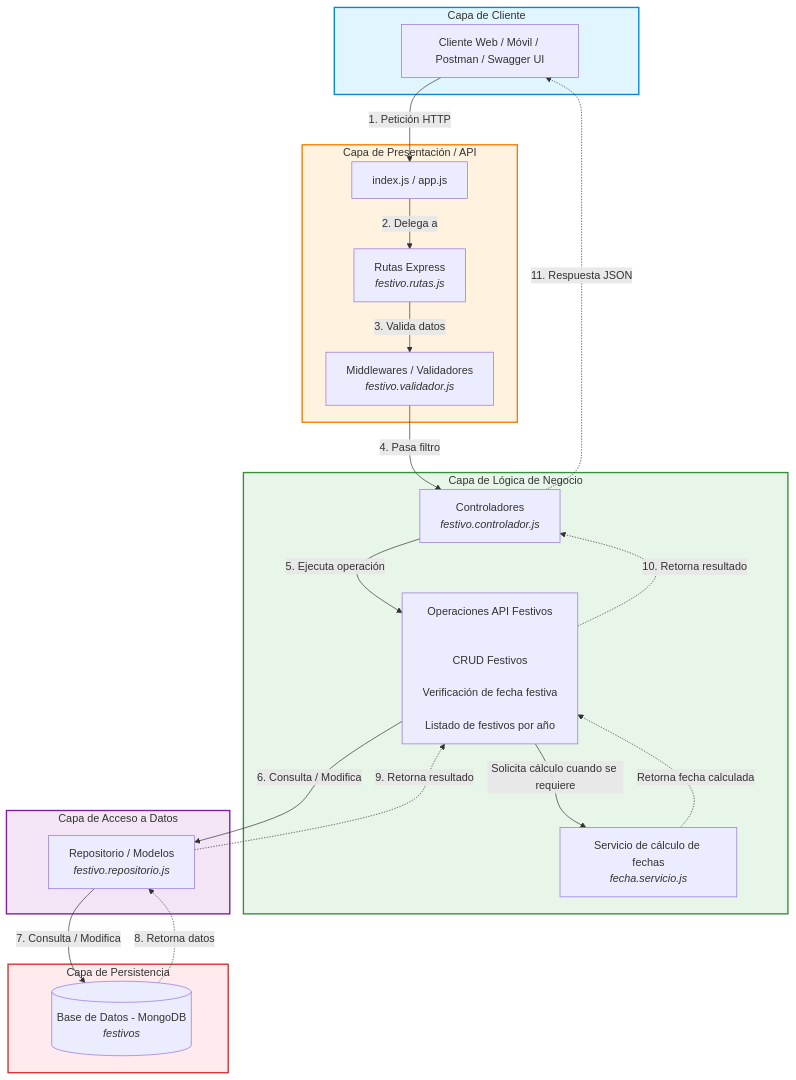
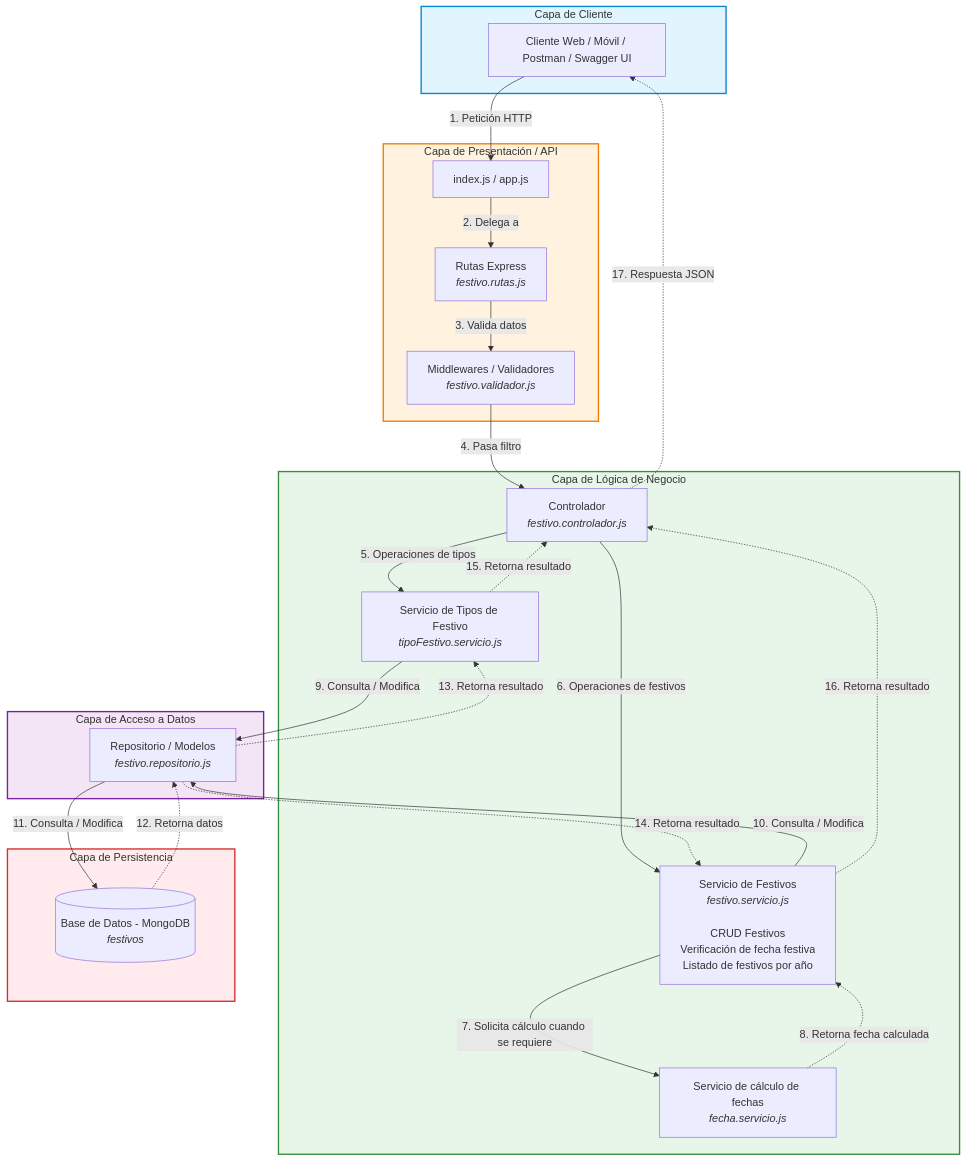
One commit to JulianDA0714/taller1-arquitectura-software changed the diagram in diagrama-arquitectura-apifestivos.md. Above: the diagram before and after it, drawn with Mermaid.

Commit message:
Modifica diagrama apifestivos

````diff
--- a/diagrama-arquitectura-apifestivos.md
+++ b/diagrama-arquitectura-apifestivos.md
@@ -1,65 +1,70 @@
-```mermaid
+``` mermaid
 graph TD
 
     %% Cliente / Capa de Presentación Externa
     subgraph ClientLayer [Capa de Cliente]
         Client[Cliente Web / Móvil / Postman / Swagger UI]
     end
 
     %% Capa de Entrada y Enrutamiento
     subgraph PresentationLayer [Capa de Presentación / API]
         Index[index.js / app.js]
         Routes[Rutas Express<br/><i>festivo.rutas.js</i>]
         Validators[Middlewares / Validadores<br/><i>festivo.validador.js</i>]
     end
 
     %% Capa de Lógica de Negocio
     subgraph BusinessLayer [Capa de Lógica de Negocio]
-        Controllers[Controladores<br/><i>festivo.controlador.js</i>]
+        Controller[Controlador<br/><i>festivo.controlador.js</i>]
 
-        Operations[Operaciones API Festivos<br/><br/>
-        CRUD Festivos<br/>
-        Verificación de fecha festiva<br/>
-        Listado de festivos por año]
+        TipoService[Servicio de Tipos de Festivo<br/><i>tipoFestivo.servicio.js</i>]
+
+        FestivoService[Servicio de Festivos<br/><i>festivo.servicio.js</i><br/><br/>CRUD Festivos<br/>Verificación de fecha festiva<br/>Listado de festivos por año]
 
         DateService[Servicio de cálculo de fechas<br/><i>fecha.servicio.js</i>]
     end
 
     %% Capa de Acceso a Datos
     subgraph DataAccessLayer [Capa de Acceso a Datos]
         Repository[Repositorio / Modelos<br/><i>festivo.repositorio.js</i>]
     end
 
     %% Capa de Persistencia
     subgraph PersistenceLayer [Capa de Persistencia]
         DB[(Base de Datos - MongoDB<br/><i>festivos</i>)]
     end
 
-    %% Flujo principal de la petición
+    %% Flujo principal
     Client -->|1. Petición HTTP| Index
     Index -->|2. Delega a| Routes
     Routes -->|3. Valida datos| Validators
-    Validators -->|4. Pasa filtro| Controllers
-    Controllers -->|5. Ejecuta operación| Operations
+    Validators -->|4. Pasa filtro| Controller
+
+    %% Servicios de negocio
+    Controller -->|5. Operaciones de tipos| TipoService
+    Controller -->|6. Operaciones de festivos| FestivoService
+
+    %% Servicio auxiliar para cálculos
+    FestivoService -->|7. Solicita cálculo cuando se requiere| DateService
+    DateService -.->|8. Retorna fecha calculada| FestivoService
 
     %% Acceso a datos
-    Operations -->|6. Consulta / Modifica| Repository
-    Repository -->|7. Consulta / Modifica| DB
-
-    %% Cálculo de fechas cuando la operación lo requiere
-    Operations -->|Solicita cálculo cuando se requiere| DateService
-    DateService -.->|Retorna fecha calculada| Operations
+    TipoService -->|9. Consulta / Modifica| Repository
+    FestivoService -->|10. Consulta / Modifica| Repository
+    Repository -->|11. Consulta / Modifica| DB
 
     %% Flujo de respuesta
-    DB -.->|8. Retorna datos| Repository
-    Repository -.->|9. Retorna resultado| Operations
-    Operations -.->|10. Retorna resultado| Controllers
-    Controllers -.->|11. Respuesta JSON| Client
+    DB -.->|12. Retorna datos| Repository
+    Repository -.->|13. Retorna resultado| TipoService
+    Repository -.->|14. Retorna resultado| FestivoService
+    TipoService -.->|15. Retorna resultado| Controller
+    FestivoService -.->|16. Retorna resultado| Controller
+    Controller -.->|17. Respuesta JSON| Client
 
     %% Estilos de Nodos
     style ClientLayer fill:#e1f5fe,stroke:#0288d1,stroke-width:2px
     style PresentationLayer fill:#fff3e0,stroke:#f57c00,stroke-width:2px
     style BusinessLayer fill:#e8f5e9,stroke:#388e3c,stroke-width:2px
     style DataAccessLayer fill:#f3e5f5,stroke:#7b1fa2,stroke-width:2px
     style PersistenceLayer fill:#ffebee,stroke:#d32f2f,stroke-width:2px
 ```
````
